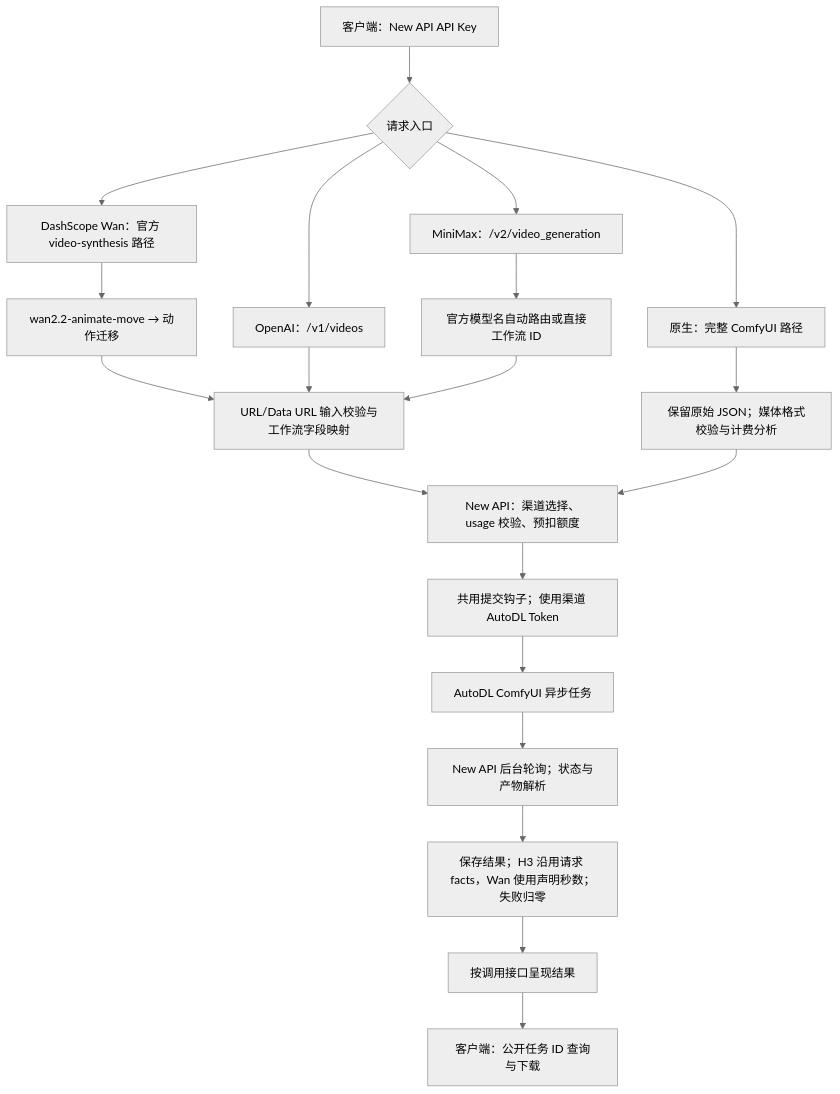
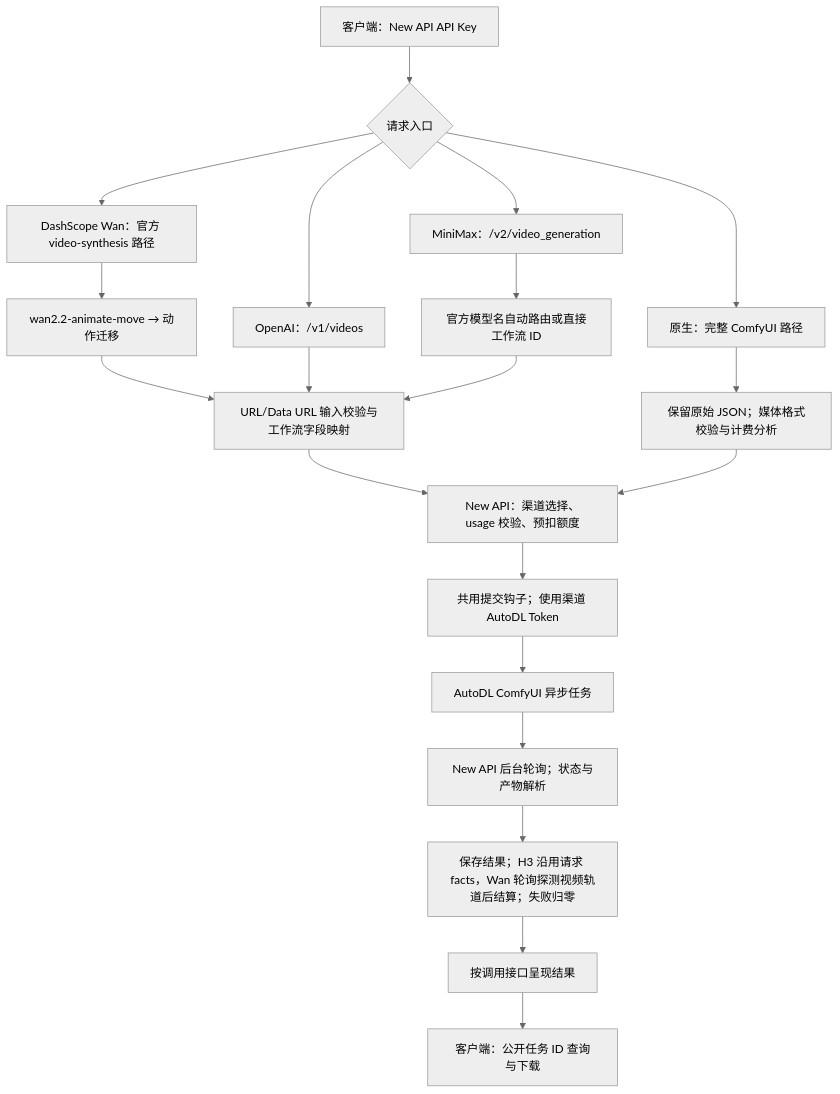
Before and after one commit to yiyinfaith/new-api-plugin-autodl: the diagram in README.md, drawn with Mermaid (neutral theme). The commit also changed other lines of this file and 5 other files, not shown here.

````diff
--- a/README.md
+++ b/README.md
@@ -31,22 +31,22 @@
 ```mermaid
 flowchart TD
     Client["客户端：New API API Key"] --> Entry{"请求入口"}
     Entry --> OpenAI["OpenAI：/v1/videos"]
     Entry --> MiniMax["MiniMax：/v2/video_generation"]
     Entry --> Native["原生：完整 ComfyUI 路径"]
     Entry --> Dash["DashScope Wan：官方 video-synthesis 路径"]
     Dash --> Motion["wan2.2-animate-move → 动作迁移"]
     Motion --> Map
     OpenAI --> Map["URL/Data URL 输入校验与工作流字段映射"]
     MiniMax --> Route["官方模型名自动路由或直接工作流 ID"]
     Route --> Map
     Native --> Sidecar["保留原始 JSON；媒体格式校验与计费分析"]
     Map --> Host["New API：渠道选择、usage 校验、预扣额度"]
     Sidecar --> Host
     Host --> Submit["共用提交钩子；使用渠道 AutoDL Token"]
     Submit --> Vendor["AutoDL ComfyUI 异步任务"]
     Vendor --> Poll["New API 后台轮询；状态与产物解析"]
-    Poll --> Settle["保存结果；H3 沿用请求 facts，Wan 使用声明秒数；失败归零"]
+    Poll --> Settle["保存结果；H3 沿用请求 facts，Wan 轮询探测视频轨道后结算；失败归零"]
     Settle --> Render["按调用接口呈现结果"]
     Render --> Query["客户端：公开任务 ID 查询与下载"]
 ```
````
